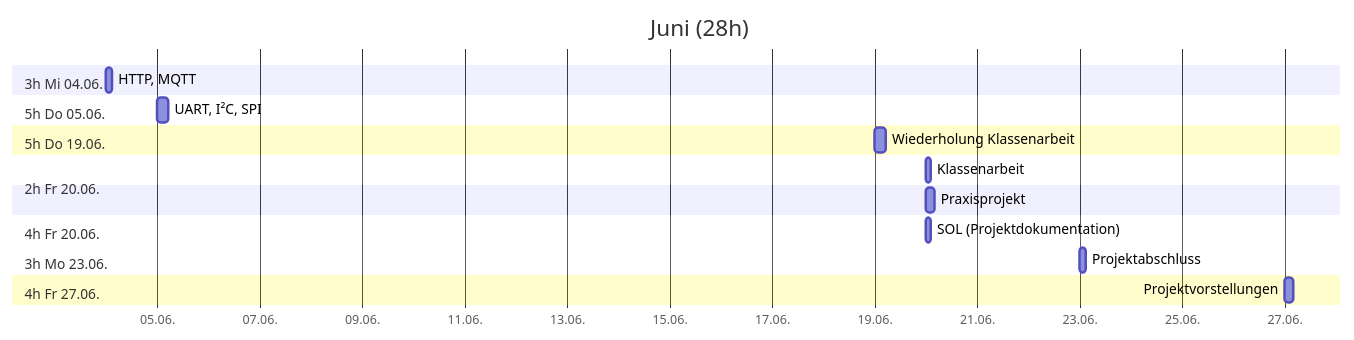
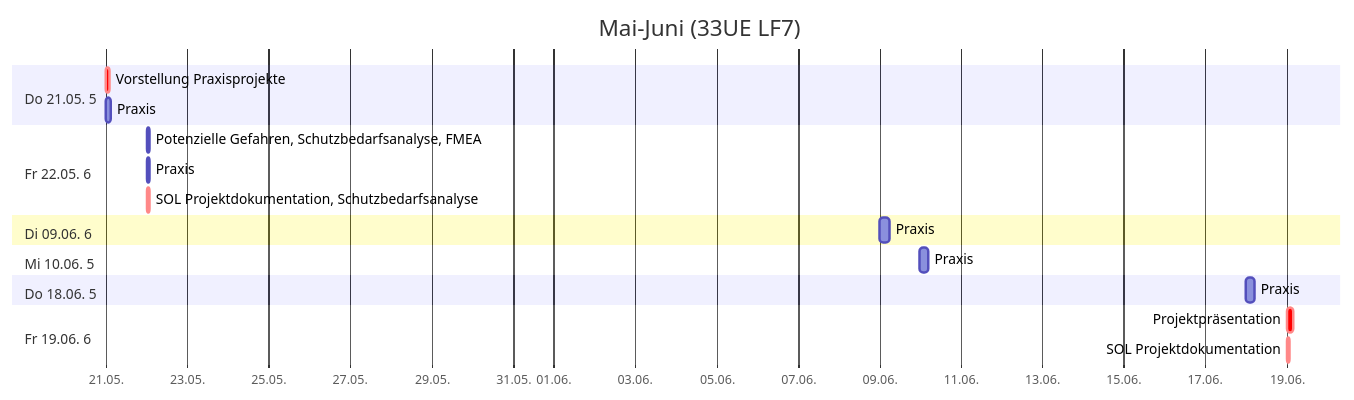
One commit to jonasnemeth/LF7 changed the sixth of 6 diagrams in src/plan.md. Above: the diagram before and after it, drawn with Mermaid. The commit also changed other lines of this file and 6 other files, not shown here.

````diff
--- a/src/plan.md
+++ b/src/plan.md
@@ -76,22 +98,22 @@
 ```mermaid
 gantt
- title Juni (28h)
+ title Mai-Juni (33UE LF7)
  dateFormat YYYY-MM-DD
  axisFormat %d.%m.
- section 3h Mi 04.06.
-  HTTP, MQTT                  :2025-06-04, 3h
- section 5h Do 05.06.
-  UART, I²C, SPI              :2025-06-05, 5h
- section 5h Do 19.06.
-  Wiederholung Klassenarbeit  :2025-06-19, 5h
- section 2h Fr 20.06.
-  Klassenarbeit               :2025-06-20, 2h
- section 4h Fr 20.06.
-  Praxisprojekt               :2025-06-20, 4h
- section 2h Fr 20.06.
-  SOL (Projektdokumentation)  :2025-06-20, 2h
- section 3h Mo 23.06.
-  Projektabschluss            :2025-06-23, 3h
- section 4h Fr 27.06.
-  Projektvorstellungen        :2025-06-27, 4h
+ section Do 21.05. 5
+  Vorstellung Praxisprojekte    :crit, 2026-05-21, 2h
+  Praxis                        :2026-05-21, 3h
+ section Fr 22.05. 6
+  Potenzielle Gefahren, Schutzbedarfsanalyse, FMEA  :2026-05-22, 2h
+  Praxis                        :2026-05-22, 2h
+  SOL Projektdokumentation, Schutzbedarfsanalyse    :crit, 2026-05-22, 2h
+ section Di 09.06. 6
+  Praxis                        :2026-06-09, 6h
+ section Mi 10.06. 5
+  Praxis                        :2026-06-10, 5h
+ section Do 18.06. 5
+  Praxis                        :2026-06-18, 5h
+ section Fr 19.06. 6
+  Projektpräsentation           :crit, 2026-06-19, 4h
+  SOL Projektdokumentation      :crit, 2026-06-19, 2h
 ```
````
